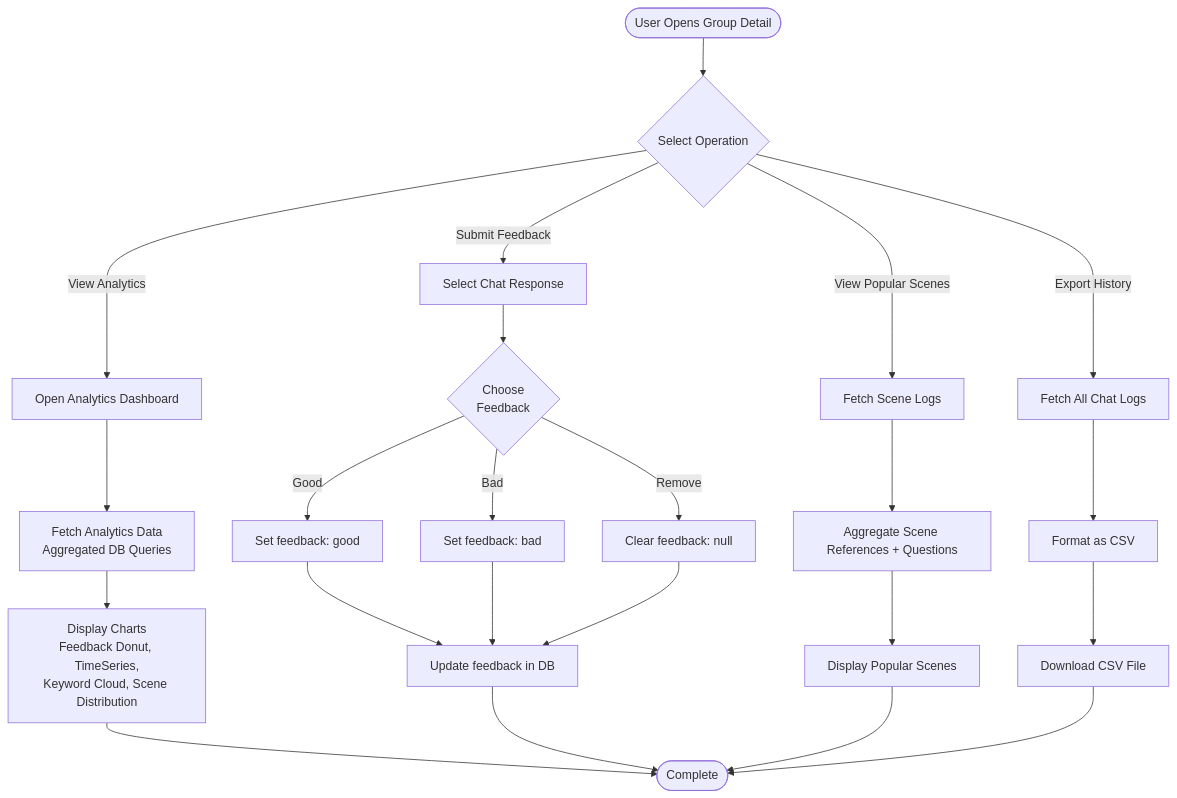
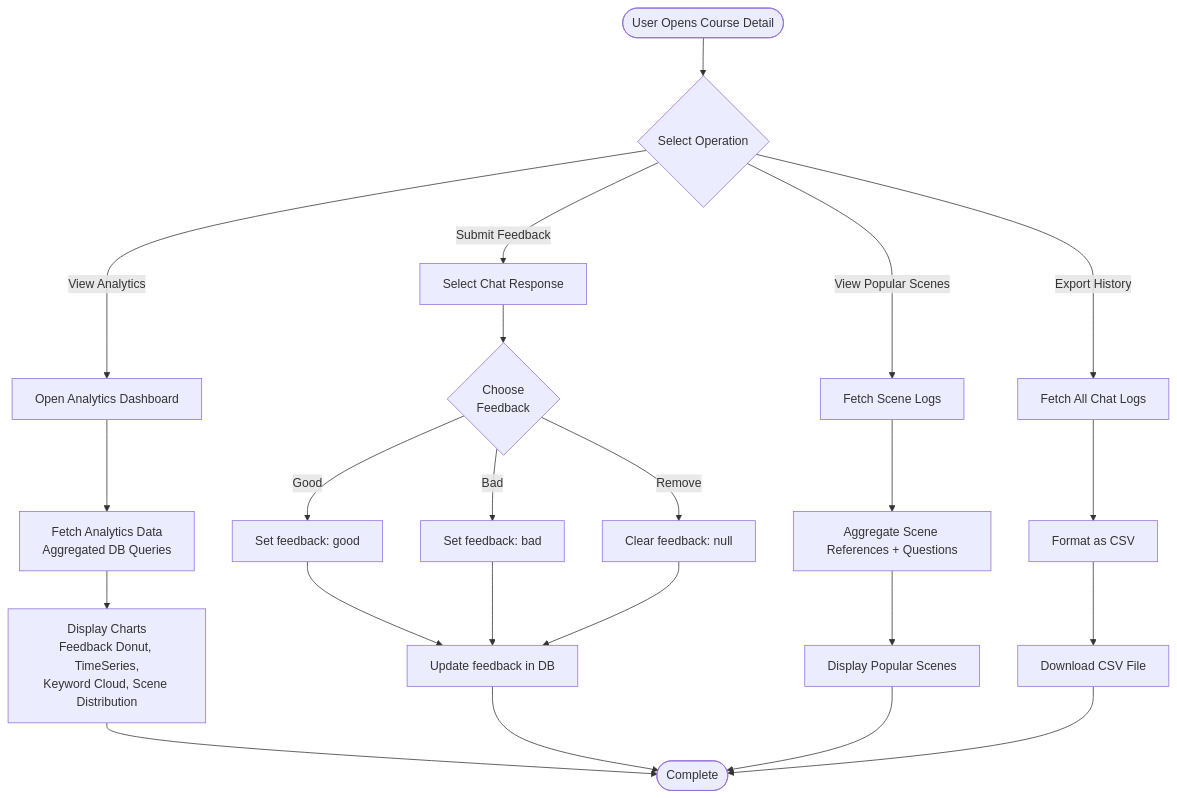
The eighth of 8 diagrams in docs/requirements/activity-diagram.md (yukiharada1228/videoq), drawn with Mermaid before and after one commit. The commit also changed other lines of this file and 140 other files, not shown here.

````diff
--- a/docs/requirements/activity-diagram.md
+++ b/docs/requirements/activity-diagram.md
@@ -211,29 +211,29 @@
 ```mermaid
 flowchart TD
-    Start([User Opens Group Detail]) --> SelectAction{Select Operation}
+    Start([User Opens Course Detail]) --> SelectAction{Select Operation}
 
     SelectAction -->|View Analytics| OpenDashboard[Open Analytics Dashboard]
     OpenDashboard --> FetchAnalytics[Fetch Analytics Data<br/>Aggregated DB Queries]
     FetchAnalytics --> DisplayCharts[Display Charts<br/>Feedback Donut, TimeSeries,<br/>Keyword Cloud, Scene Distribution]
     DisplayCharts --> End([Complete])
 
     SelectAction -->|Submit Feedback| SelectResponse[Select Chat Response]
     SelectResponse --> ChooseFeedback{"Choose<br>Feedback"}
     ChooseFeedback -->|Good| SetGood[Set feedback: good]
     ChooseFeedback -->|Bad| SetBad[Set feedback: bad]
     ChooseFeedback -->|Remove| ClearFeedback[Clear feedback: null]
     SetGood --> SaveFeedback[Update feedback in DB]
     SetBad --> SaveFeedback
     ClearFeedback --> SaveFeedback
     SaveFeedback --> End
 
     SelectAction -->|View Popular Scenes| FetchScenes[Fetch Scene Logs]
     FetchScenes --> AggregateScenes[Aggregate Scene References + Questions]
     AggregateScenes --> DisplayPopular[Display Popular Scenes]
     DisplayPopular --> End
 
     SelectAction -->|Export History| FetchAllLogs[Fetch All Chat Logs]
     FetchAllLogs --> FormatCSV[Format as CSV]
     FormatCSV --> DownloadCSV[Download CSV File]
     DownloadCSV --> End
 ```
````
